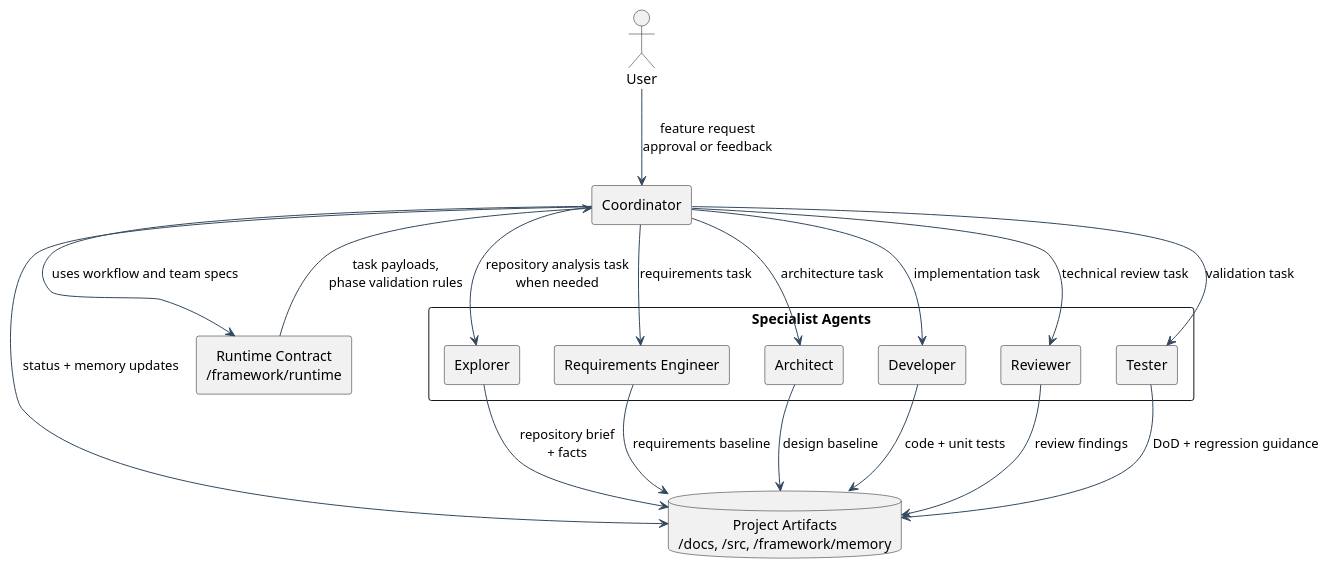
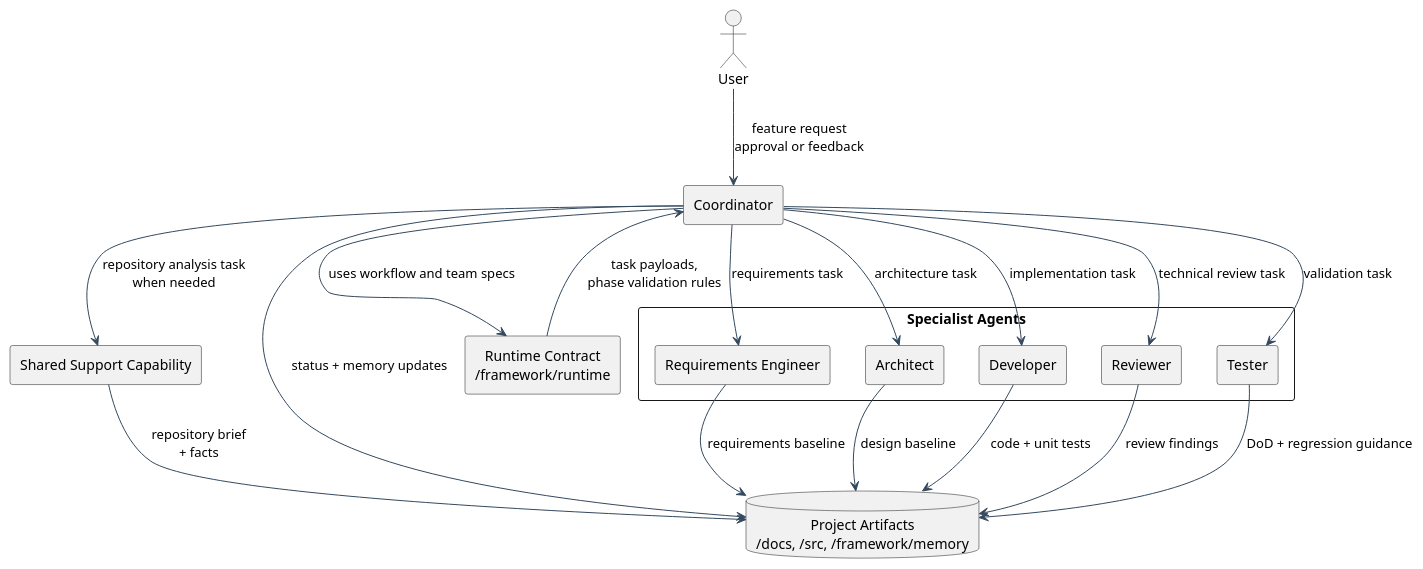
The diagram in framework/documentation/development-team-system.adoc (adriebaselmans/ai-dev-team-core), drawn with PlantUML before and after one commit. The commit also changed other lines of this file and 11 other files, not shown here.

Commit message:
Refine shared tool docs and release 0.4

```diff
--- a/framework/documentation/development-team-system.adoc
+++ b/framework/documentation/development-team-system.adoc
@@ -38,42 +40,42 @@
 [plantuml,team-system-context,svg]
 ----
 @startuml
 skinparam backgroundColor transparent
 skinparam shadowing false
 skinparam packageStyle rectangle
 skinparam ArrowColor #34495e
 skinparam DefaultTextAlignment center
 
 actor User
 rectangle "Coordinator" as Coordinator
 rectangle "Specialist Agents" as Specialists {
-  rectangle "Explorer" as Explorer
   rectangle "Requirements Engineer" as RE
   rectangle "Architect" as Arch
   rectangle "Developer" as Dev
   rectangle "Reviewer" as Rev
   rectangle "Tester" as Test
 }
+rectangle "Shared Support Capability" as SharedTool
 database "Project Artifacts\n/docs, /src, /framework/memory" as Artifacts
 rectangle "Runtime Contract\n/framework/runtime" as Runtime
 
 User --> Coordinator : feature request\napproval or feedback
-Coordinator --> Explorer : repository analysis task\nwhen needed
+Coordinator --> SharedTool : repository analysis task\nwhen needed
 Coordinator --> RE : requirements task
 Coordinator --> Arch : architecture task
 Coordinator --> Dev : implementation task
 Coordinator --> Rev : technical review task
 Coordinator --> Test : validation task
 
-Explorer --> Artifacts : repository brief\n+ facts
+SharedTool --> Artifacts : repository brief\n+ facts
 RE --> Artifacts : requirements baseline
 Arch --> Artifacts : design baseline
 Dev --> Artifacts : code + unit tests
 Rev --> Artifacts : review findings
 Test --> Artifacts : DoD + regression guidance
 
 Coordinator --> Artifacts : status + memory updates
 Coordinator --> Runtime : uses workflow and team specs
 Runtime --> Coordinator : task payloads,\nphase validation rules
 @enduml
 ----
```
